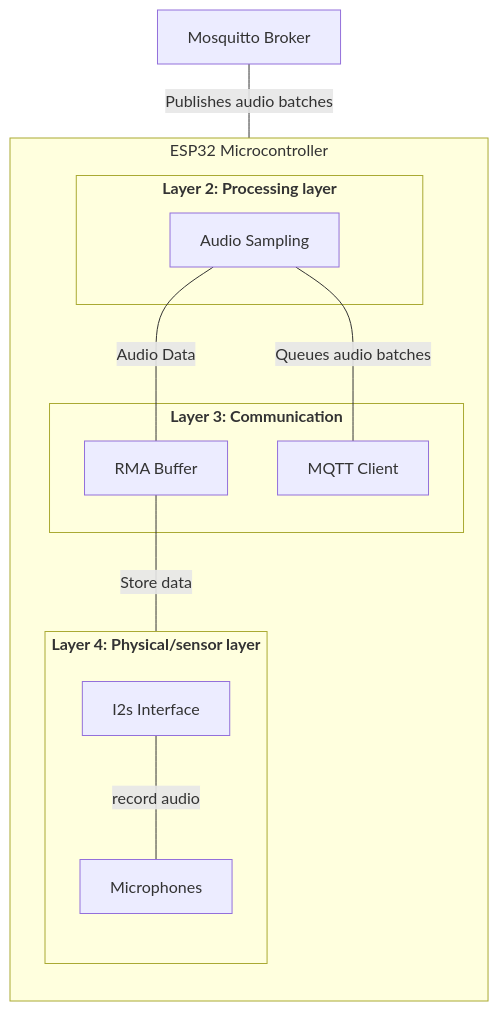
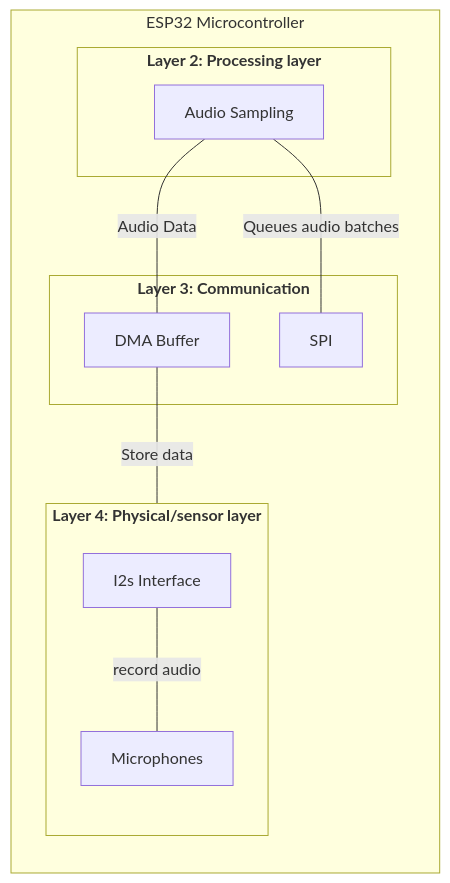
Before and after one commit to Lukas4314/3-Semester-project: the diagram in mermaidCharts/ESP.mmd, drawn with Mermaid. The commit also changed 7 other files, not shown here.

```diff
--- a/mermaidCharts/ESP.mmd
+++ b/mermaidCharts/ESP.mmd
@@ -1,27 +1,26 @@
 flowchart TD
     subgraph ESP[ESP32 Microcontroller]
         direction TB
         subgraph L1[<b>Layer 4: Physical/sensor layer</b>]
             direction TB
             
             ESP_Board[I2s Interface]
             ESP_Mic[Microphones]
             ESP_Board -- "record audio" --- ESP_Mic
         end
 
         subgraph L2[<b>Layer 3: Communication</b>]
-            ESP_MQTT[MQTT Client]
-            ESP_BUFFERREADER[RMA Buffer]
+            ESP_MQTT[SPI]
+            ESP_BUFFERREADER[DMA Buffer]
         end
 
         subgraph L3[<b>Layer 2: Processing layer</b>]
             
             ESP_Sampling[Audio Sampling]
         end
     end
 
 
-    MQTT_Broker[Mosquitto Broker] -- "Publishes audio batches" --- ESP_MQTT
     ESP_BUFFERREADER -- "Store data" --- ESP_Board
     ESP_Sampling -- "Queues audio batches" --- ESP_MQTT
     ESP_Sampling -- "Audio Data" --- ESP_BUFFERREADER
```
